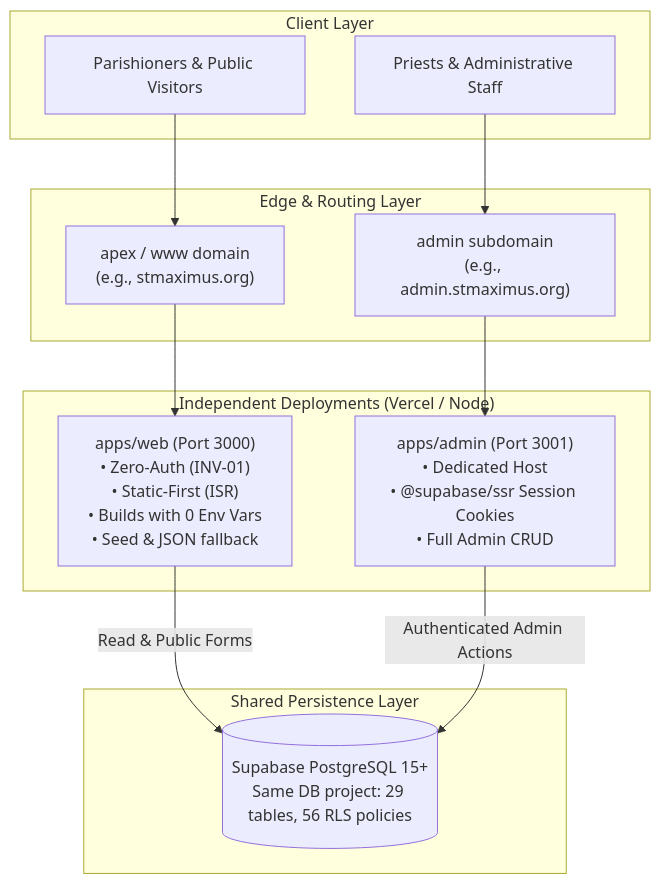
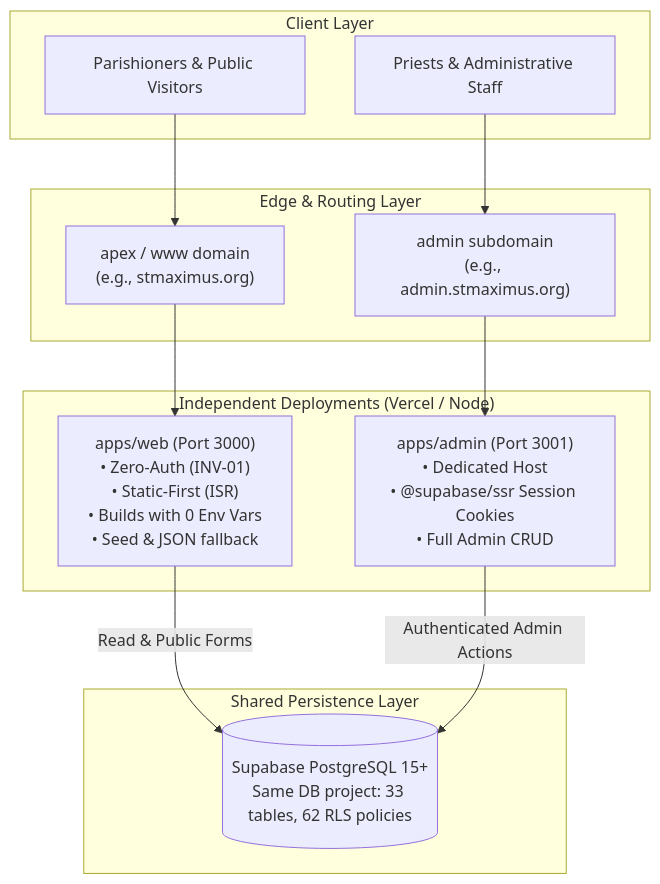
The diagram in docs/deployment-split.md (Kerollosmm/church-site), drawn with Mermaid before and after one commit. The commit also changed other lines of this file and 8 other files, not shown here.

````diff
--- a/docs/deployment-split.md
+++ b/docs/deployment-split.md
@@ -11,27 +11,27 @@
 ```mermaid
 flowchart TB
     subgraph Clients ["Client Layer"]
         PublicUsers["Parishioners & Public Visitors"]
         StaffUsers["Priests & Administrative Staff"]
     end
 
     subgraph CDN ["Edge & Routing Layer"]
         WebDomain["apex / www domain<br/>(e.g., stmaximus.org)"]
         AdminDomain["admin subdomain<br/>(e.g., admin.stmaximus.org)"]
     end
 
     subgraph Deployments ["Independent Deployments (Vercel / Node)"]
         WebApp["apps/web (Port 3000)<br/>• Zero-Auth (INV-01)<br/>• Static-First (ISR)<br/>• Builds with 0 Env Vars<br/>• Seed & JSON fallback"]
         AdminApp["apps/admin (Port 3001)<br/>• Dedicated Host<br/>• @supabase/ssr Session Cookies<br/>• Full Admin CRUD"]
     end
 
     subgraph Backend ["Shared Persistence Layer"]
-        SupabaseDB[(Supabase PostgreSQL 15+<br/>Same DB project: 29 tables, 56 RLS policies)]
+        SupabaseDB[(Supabase PostgreSQL 15+<br/>Same DB project: 33 tables, 62 RLS policies)]
     end
 
     PublicUsers --> WebDomain --> WebApp
     StaffUsers --> AdminDomain --> AdminApp
 
     WebApp -->|Read & Public Forms| SupabaseDB
     AdminApp -->|Authenticated Admin Actions| SupabaseDB
 ```
````
